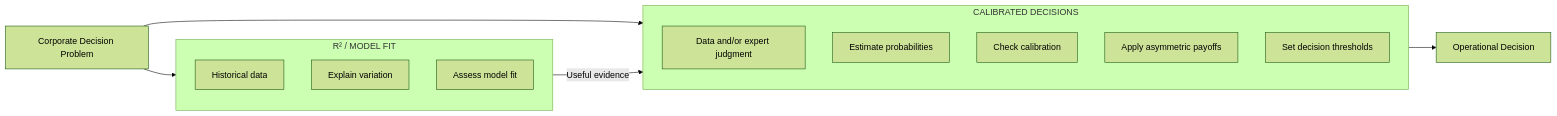
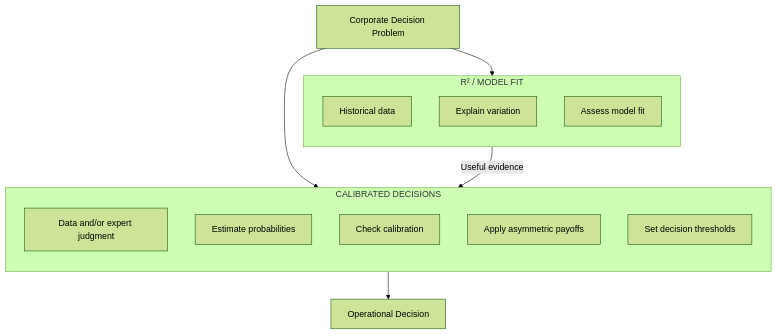
Before and after one commit to Tellusant/docs: the diagram in work-notes/calibrated-decisions-revised.md, drawn with Mermaid (forest theme).

Commit message:
Update flowchart direction in calibrated decisions
Changed flowchart direction from LR to TD in Mermaid diagram.

````diff
--- a/work-notes/calibrated-decisions-revised.md
+++ b/work-notes/calibrated-decisions-revised.md
@@ -25,27 +25,27 @@
 ```mermaid
-flowchart LR
+flowchart TD
 
     A["Corporate Decision Problem"]
 
     subgraph R["R² / MODEL FIT"]
         direction TB
         R1["Historical data"]
         R2["Explain variation"]
         R3["Assess model fit"]
     end
 
     subgraph C["CALIBRATED DECISIONS"]
         direction TB
         C1["Data and/or expert judgment"]
         C2["Estimate probabilities"]
         C3["Check calibration"]
         C4["Apply asymmetric payoffs"]
         C5["Set decision thresholds"]
     end
 
     A --> R
     A --> C
 
     R3 -->|"Useful evidence"| C2
     C5 --> D["Operational Decision"]
 ```
````
